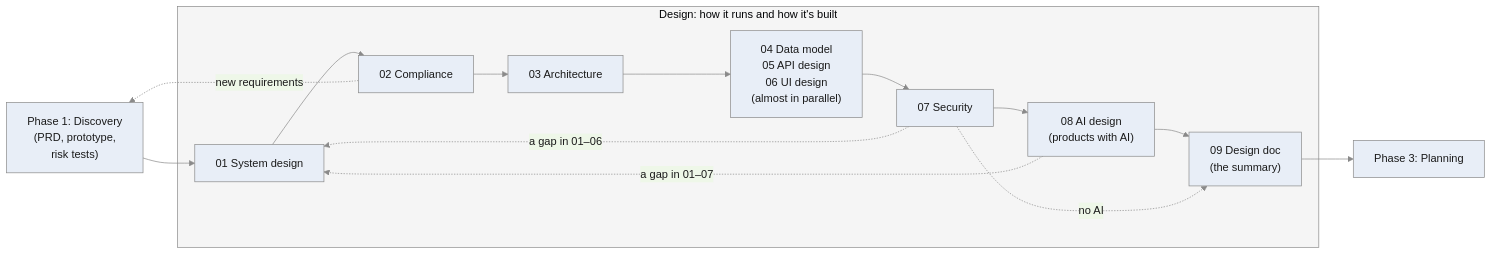
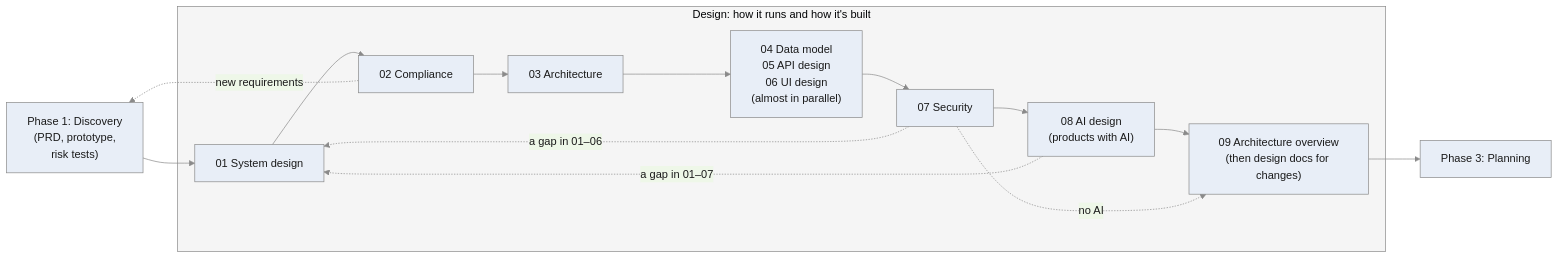
One commit to developedbyflow/ways-of-working changed the second of 2 diagrams in FLOWS.md. Above: the diagram before and after it, drawn with Mermaid. The commit also changed other lines of this file and 1 other file, not shown here.

Commit message:
design-doc: the whole-system document is the architecture overview; proposals are design docs

````diff
--- a/FLOWS.md
+++ b/FLOWS.md
@@ -57,13 +57,13 @@
 ```mermaid
 %%{init: {"theme": "base", "themeVariables": {"primaryColor": "#e8eef7", "primaryTextColor": "#1a1a1a", "primaryBorderColor": "#8a8a8a", "lineColor": "#8a8a8a", "clusterBkg": "#f5f5f5", "clusterBorder": "#8a8a8a"}}}%%
 flowchart LR
   P["Phase 1: Discovery<br/>(PRD, prototype,<br/>risk tests)"] --> S1
   subgraph D["Design: how it runs and how it's built"]
-    S1["01 System design"] --> S2["02 Compliance"] --> S3["03 Architecture"] --> M["04 Data model<br/>05 API design<br/>06 UI design<br/>(almost in parallel)"] --> S7["07 Security"] --> S8["08 AI design<br/>(products with AI)"] --> S9["09 Design doc<br/>(the summary)"]
+    S1["01 System design"] --> S2["02 Compliance"] --> S3["03 Architecture"] --> M["04 Data model<br/>05 API design<br/>06 UI design<br/>(almost in parallel)"] --> S7["07 Security"] --> S8["08 AI design<br/>(products with AI)"] --> S9["09 Architecture overview<br/>(then design docs for changes)"]
   end
   S9 --> X["Phase 3: Planning"]
   S7 -. "no AI" .-> S9
   S2 -. "new requirements" .-> P
   S7 -. "a gap in 01–06" .-> S1
   S8 -. "a gap in 01–07" .-> S1
 ```
````
